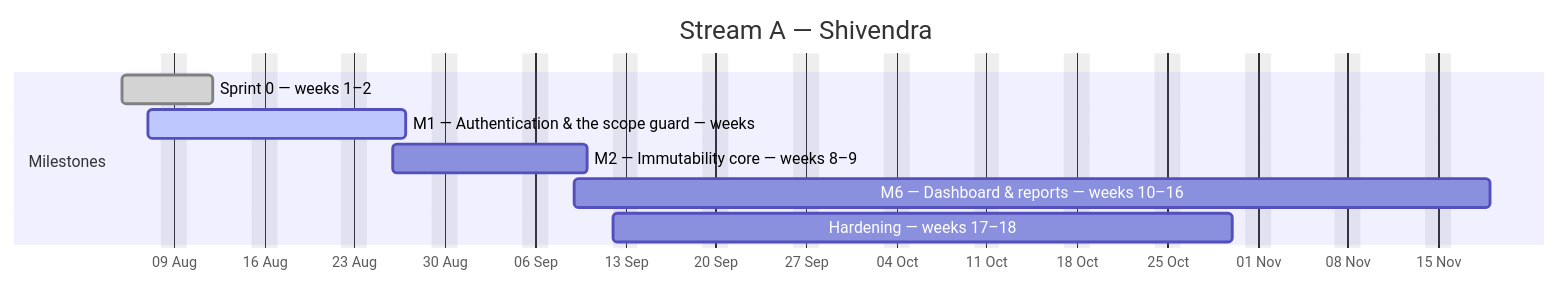
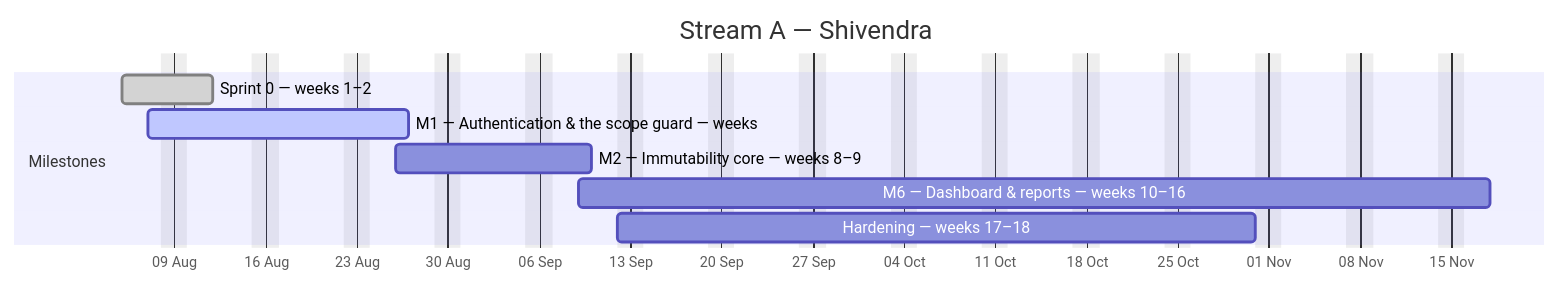
Before and after one commit to debashisedunext/EduTrack: the first of 4 diagrams in docs/plan/GANTT.md, drawn with Mermaid. The commit also changed other lines of this file and 3 other files, not shown here.

````diff
--- a/docs/plan/GANTT.md
+++ b/docs/plan/GANTT.md
@@ -122,13 +122,13 @@
 ```mermaid
 gantt
     dateFormat YYYY-MM-DD
     axisFormat %d %b
     title Stream A — Shivendra
     excludes weekends
     section Milestones
     Sprint 0 — weeks 1–2 :done, a0, 2026-08-05, 5d
     M1 — Authentication & the scope guard — weeks :active, a1, 2026-08-07, 14d
     M2 — Immutability core — weeks 8–9 :a2, 2026-08-26, 11d
-    M6 — Dashboard & reports — weeks 10–16 :a3, 2026-09-09, 51d
-    Hardening — weeks 17–18 :a4, 2026-09-12, 35d
+    M6 — Dashboard & reports — weeks 10–16 :a3, 2026-09-09, 50d
+    Hardening — weeks 17–18 :a4, 2026-09-12, 36d
 ```
````
